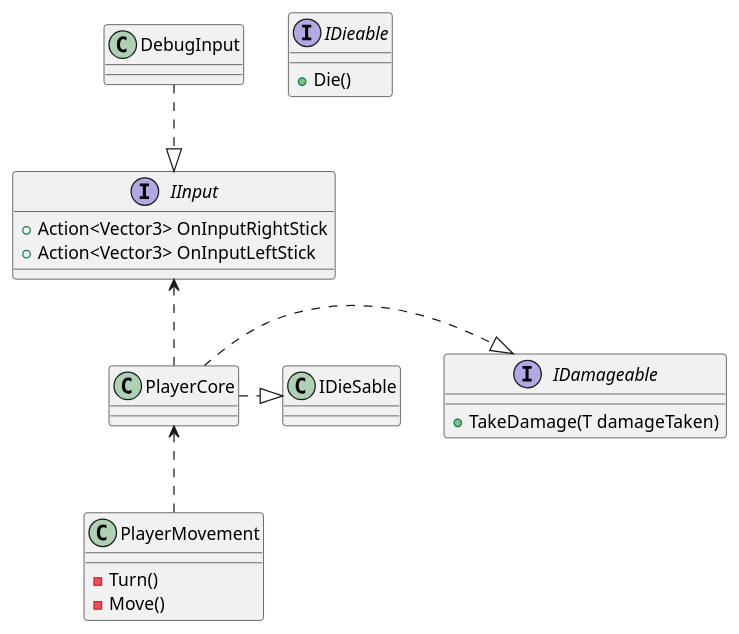
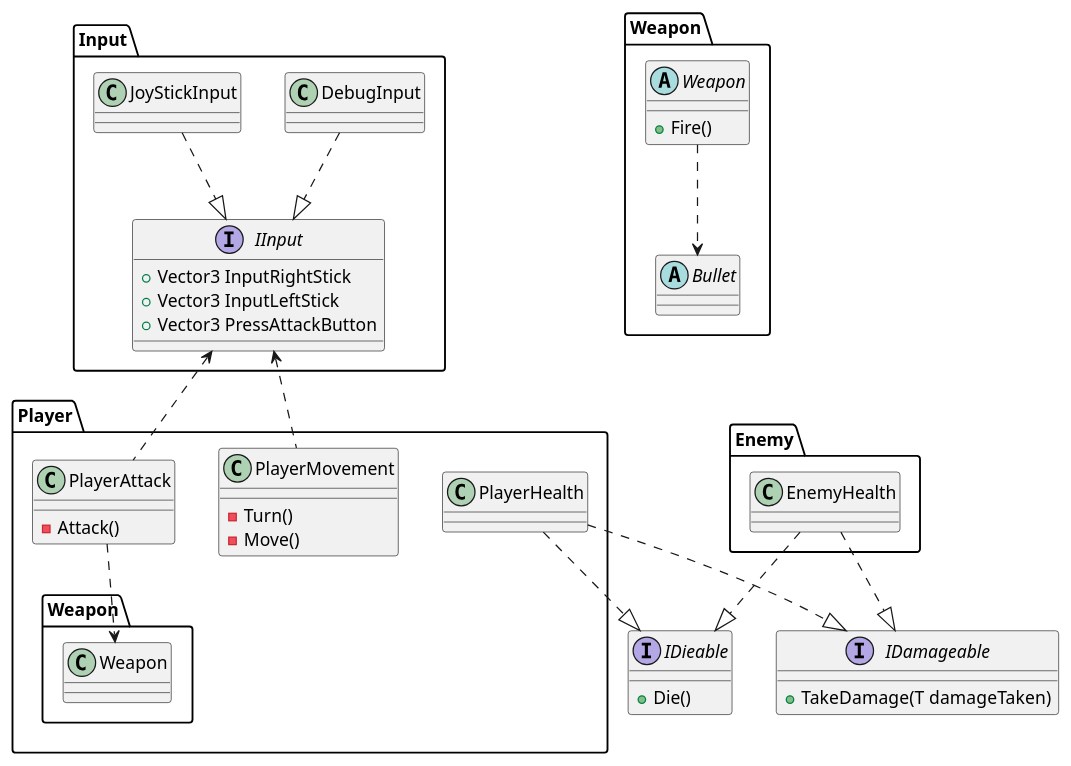
The diagram in ClassDiagram.pu (makabedaze/SphereShooter), drawn with PlantUML before and after one commit. The commit also changed 2 other files, not shown here.

Commit message:
クラス図の更新、画像の追加

```diff
--- a/ClassDiagram.pu
+++ b/ClassDiagram.pu
@@ -1,37 +1,75 @@
 @startuml
+namespace Input{
     class DebugInput
+    {
+    }
+    DebugInput ..d|> IInput
+    class JoyStickInput
+    {
+    }
+    JoyStickInput ..d|> IInput
+        interface IInput
+    {
+       + Vector3 InputRightStick
+       + Vector3 InputLeftStick
+       + Vector3 PressAttackButton
+    }
+}
+
+namespace Player{
+    class PlayerHealth
     {
 
     }
-    DebugInput ..d|> IInput
-
-    interface IInput
-    {
-       + Action<Vector3> OnInputRightStick
-       + Action<Vector3> OnInputLeftStick
-    }
-     
-    class PlayerCore
-    {
-    }
-    PlayerCore ..u> IInput
-    PlayerCore ..r|> IDamageable
-    PlayerCore ..r|> IDieSable
-
+    
     class PlayerMovement
     { 
+          
       - Turn()
       - Move()
     }
-    PlayerMovement ..u> PlayerCore
+    PlayerMovement ..u> Input.IInput
+    
+    class PlayerAttack
+    { 
+      - Attack()
+    }
+    PlayerAttack ..u> Input.IInput
+    PlayerAttack ..> Weapon.Weapon
+}
 
-    interface IDamageable
+namespace Weapon{
+    abstract class Weapon
     {
-        + TakeDamage(T damageTaken)
+        + Fire()
     }
-    
-    interface IDieable
+    Weapon ..> Bullet
+
+    abstract class Bullet
+}
+
+namespace Enemy{
+    class EnemyHealth
     {
-        + Die()
+
     }
+}
+
+interface IDamageable
+{
+    + TakeDamage(T damageTaken)
+}
+Player.PlayerHealth ..|> IDamageable
+Enemy.EnemyHealth ..|> IDamageable
+
+
+interface IDieable
+{
+    + Die()
+}
+Player.PlayerHealth ..|> IDieable
+Enemy.EnemyHealth ..|> IDieable
+
+
+
 @enduml
```
